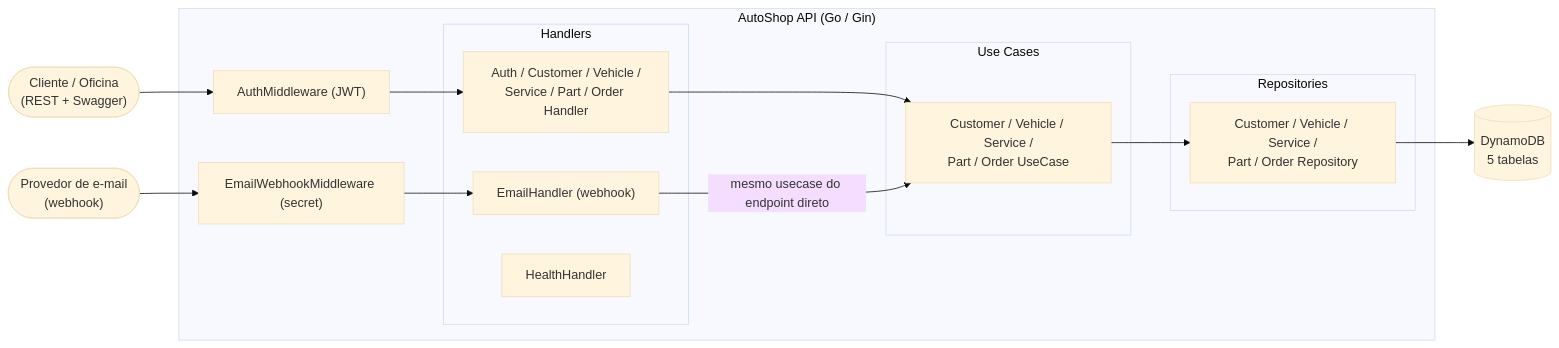
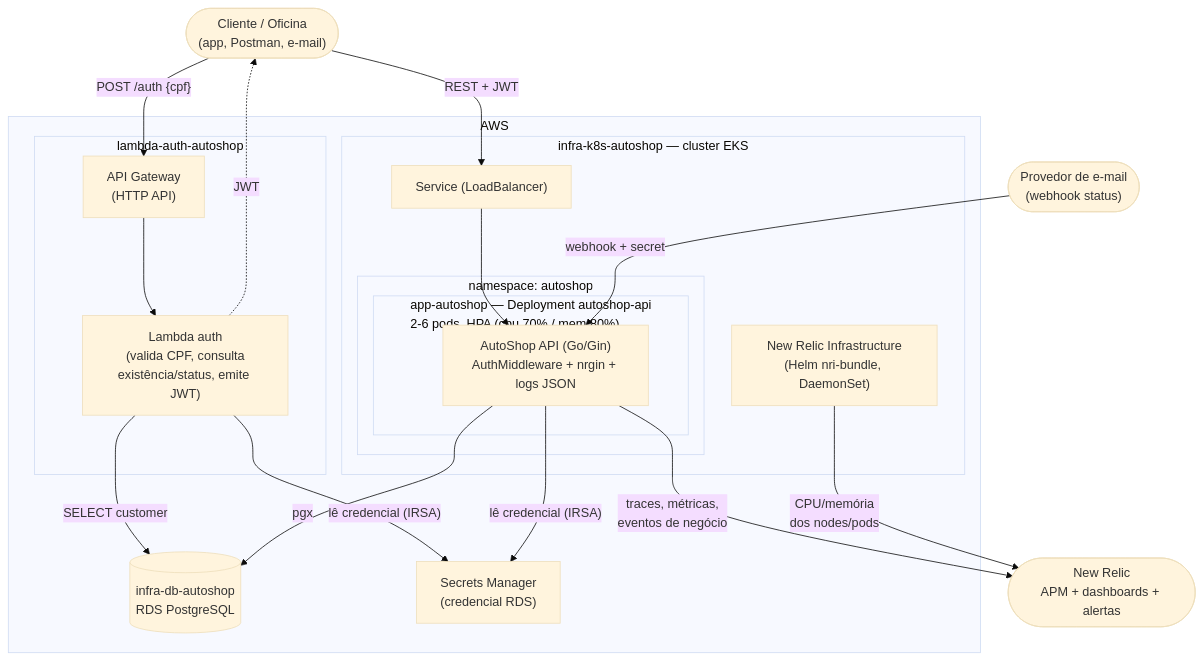
The first of 3 diagrams in docs/architecture.md (Jackeline2020/app-autoshop), drawn with Mermaid (base theme) before and after one commit. The commit also changed other lines of this file and 8 other files, not shown here.

````diff
--- a/docs/architecture.md
+++ b/docs/architecture.md
@@ -26,31 +34,40 @@
 ```mermaid
-flowchart LR
-    Cliente(["Cliente / Oficina<br/>(REST + Swagger)"])
-    EmailProvider(["Provedor de e-mail<br/>(webhook)"])
-    DynamoDB[("DynamoDB<br/>5 tabelas")]
+flowchart TB
+    Cliente(["Cliente / Oficina<br/>(app, Postman, e-mail)"])
 
-    subgraph API["AutoShop API (Go / Gin)"]
-        AuthMW["AuthMiddleware (JWT)"]
-        WebhookMW["EmailWebhookMiddleware (secret)"]
-
-        subgraph Handlers["Handlers"]
-            H1["Auth / Customer / Vehicle /<br/>Service / Part / Order Handler"]
-            H2["EmailHandler (webhook)"]
-            H3["HealthHandler"]
+    subgraph AWS["AWS"]
+        subgraph AuthFlow["lambda-auth-autoshop"]
+            APIGW["API Gateway<br/>(HTTP API)"]
+            Lambda["Lambda auth<br/>(valida CPF, consulta<br/>existência/status, emite JWT)"]
         end
 
-        subgraph UseCases["Use Cases"]
-            UC["Customer / Vehicle / Service /<br/>Part / Order UseCase"]
+        subgraph EKS["infra-k8s-autoshop — cluster EKS"]
+            LB["Service (LoadBalancer)"]
+            subgraph NS["namespace: autoshop"]
+                subgraph Pods["app-autoshop — Deployment autoshop-api<br/>2-6 pods, HPA (cpu 70% / mem 80%)"]
+                    API["AutoShop API (Go/Gin)<br/>AuthMiddleware + nrgin + logs JSON"]
+                end
+            end
+            NRI["New Relic Infrastructure<br/>(Helm nri-bundle, DaemonSet)"]
         end
 
-        subgraph Repos["Repositories"]
-            R["Customer / Vehicle / Service /<br/>Part / Order Repository"]
-        end
+        RDS[("infra-db-autoshop<br/>RDS PostgreSQL")]
+        SM["Secrets Manager<br/>(credencial RDS)"]
     end
 
-    Cliente --> AuthMW --> H1
-    EmailProvider --> WebhookMW --> H2
-    H1 --> UC
-    H2 -->|"mesmo usecase do endpoint direto"| UC
-    UC --> R --> DynamoDB
+    NewRelic(["New Relic<br/>APM + dashboards + alertas"])
+    Email(["Provedor de e-mail<br/>(webhook status)"])
+
+    Cliente -->|"POST /auth {cpf}"| APIGW --> Lambda
+    Lambda -->|"SELECT customer"| RDS
+    Lambda -.->|"JWT"| Cliente
+    Lambda -->|"lê credencial (IRSA)"| SM
+
+    Cliente -->|"REST + JWT"| LB --> API
+    Email -->|"webhook + secret"| API
+    API -->|"pgx"| RDS
+    API -->|"lê credencial (IRSA)"| SM
+
+    API -->|"traces, métricas,<br/>eventos de negócio"| NewRelic
+    NRI -->|"CPU/memória<br/>dos nodes/pods"| NewRelic
 ```
````
